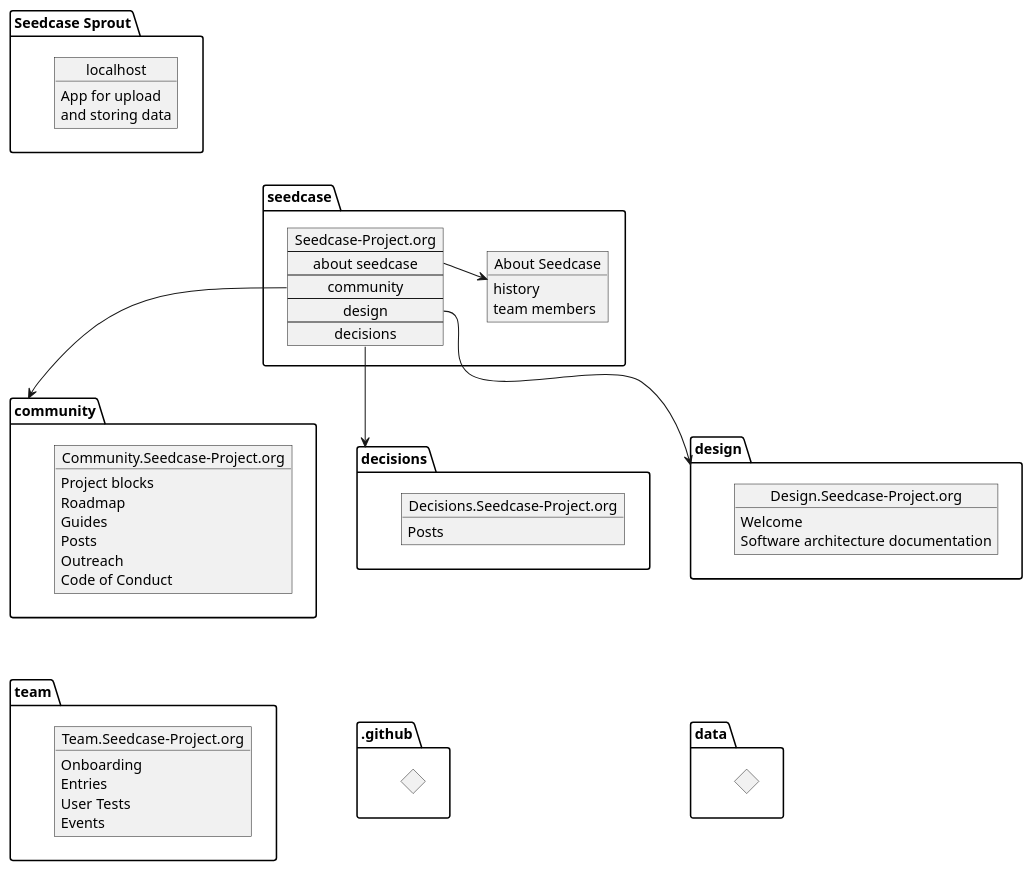
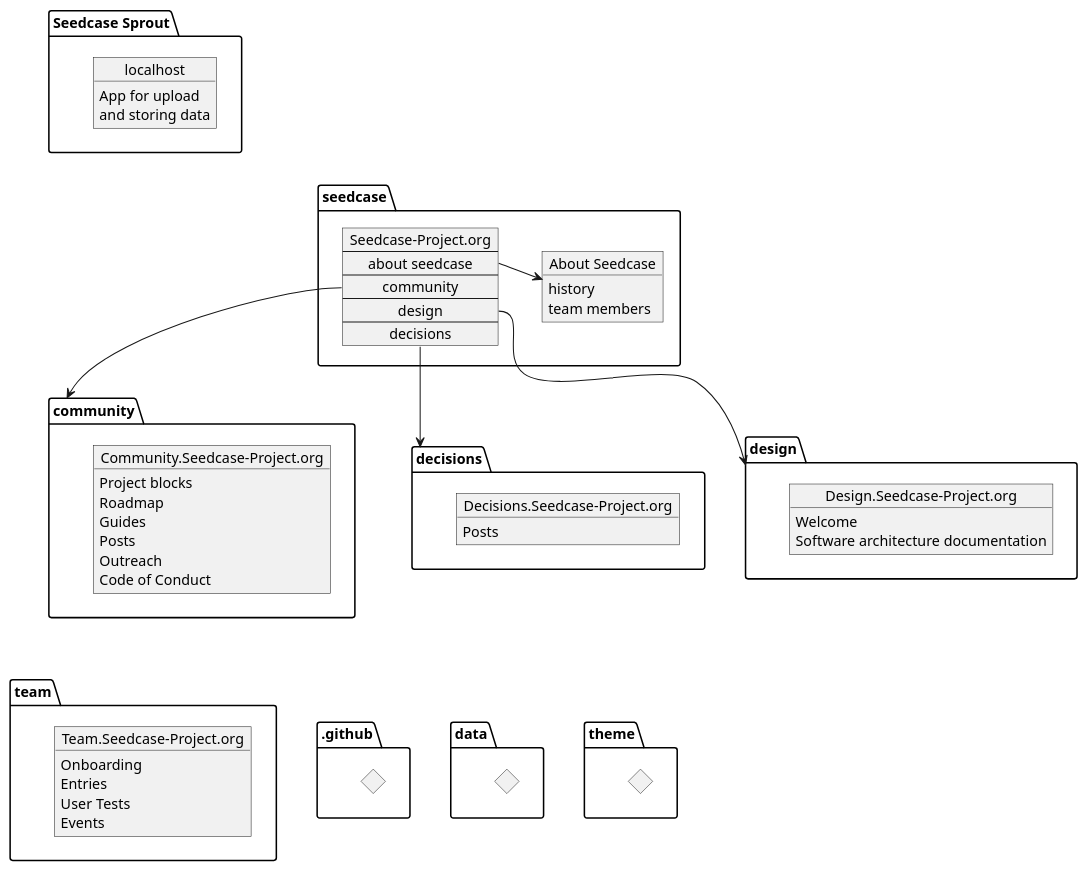
Before and after one commit to seedcase-project/team: the diagram in entries/repo-website-overview.puml, drawn with PlantUML.

Commit message:
docs: update to include theme repo

```diff
--- a/entries/repo-website-overview.puml
+++ b/entries/repo-website-overview.puml
@@ -1,70 +1,75 @@
 @startuml Repos-Sites
 
   package .github as GIT {
       diamond dia1
   }
 
   package data as DAT {
       diamond dia2
+  }
+
+  package theme as THE {
+      diamond dia3
   }
 
   package community as COM {
       object "Community.Seedcase-Project.org" as CSP {
         Project blocks
         Roadmap
         Guides
         Posts
         Outreach
         Code of Conduct
       }
   }
 
   package decisions as DEC {
       object "Decisions.Seedcase-Project.org" as DeCP {
         Posts
       }
   }
 
   package design as DES {
       object "Design.Seedcase-Project.org" as DeSP {
         Welcome
         Software architecture documentation
       }
   }
 
   package team as TEA {
       object "Team.Seedcase-Project.org" as TSP {
         Onboarding
         Entries
         User Tests
         Events
       }
   }
 
   package "Seedcase Sprout" as SPROUT {
       object "localhost" as SSP {
         App for upload
         and storing data 
       }
   }
 
   package seedcase {
       object "About Seedcase" as ABOUT {
         history
         team members 
       }
 
       map "Seedcase-Project.org" as SP {
         about seedcase *-> ABOUT
         community *--> COM
         design *--> DES
         decisions *--> DEC
       }
   }  
 
 COM -[hidden]--> TEA
 DEC -[hidden]--> GIT
-DES -[hidden]--> DAT
+DEC -[hidden]--> DAT
+DEC -[hidden]--> THE
 SPROUT -[hidden]--> COM 
 
 @enduml
```
